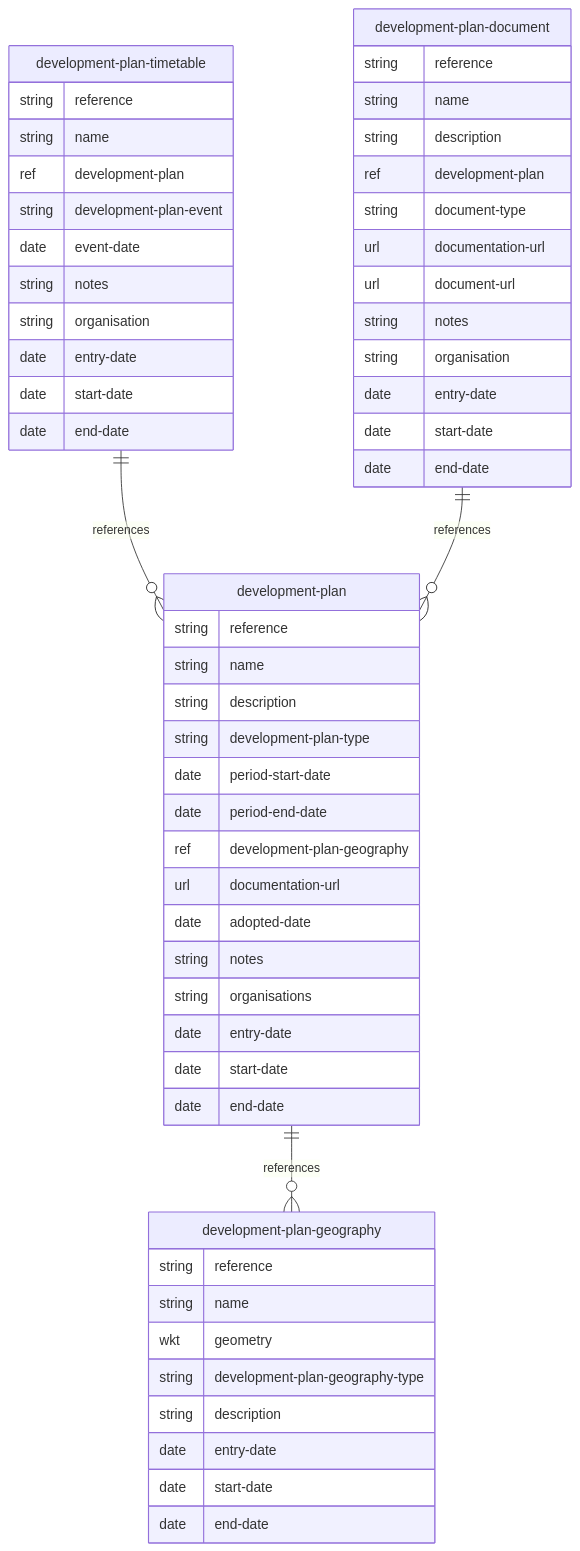
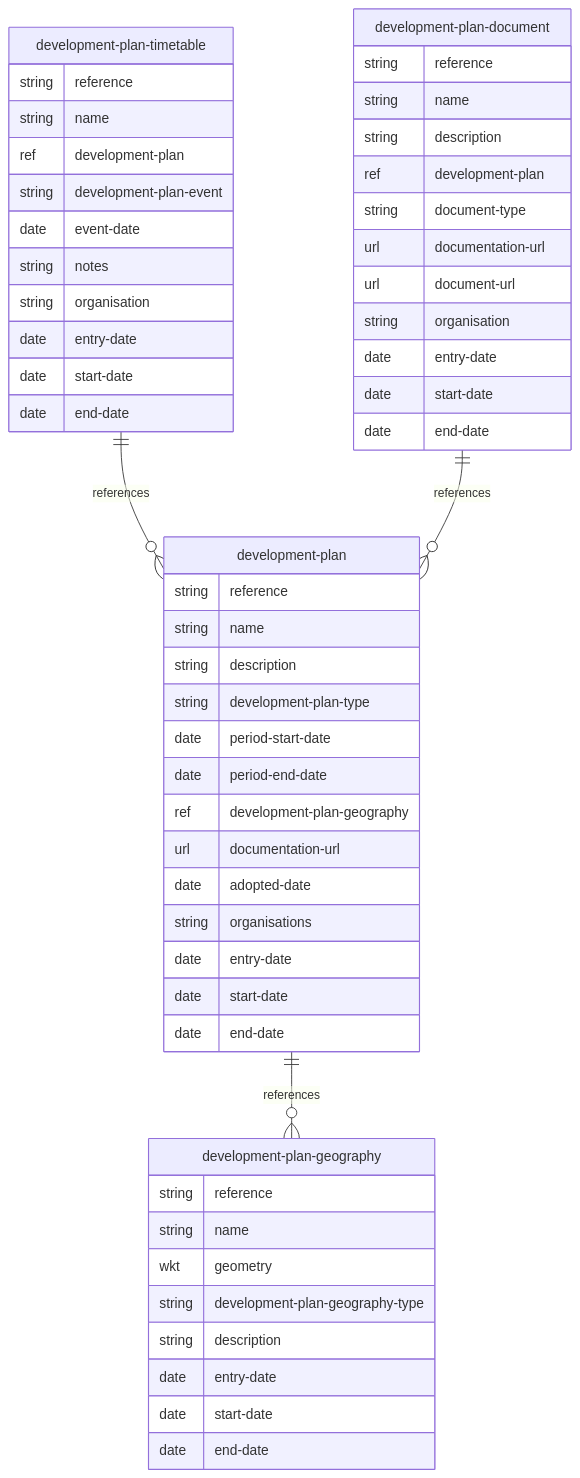
One commit to digital-land/specification changed the diagram in mermaid/development-plan.md. Above: the diagram before and after it, drawn with Mermaid. The commit also changed 11 other files, not shown here.

````diff
--- a/mermaid/development-plan.md
+++ b/mermaid/development-plan.md
@@ -4,58 +4,56 @@
 ```mermaid
 erDiagram
     development-plan {
         string reference
         string name
         string description
         string development-plan-type
         date period-start-date
         date period-end-date
         ref development-plan-geography
         url documentation-url
         date adopted-date
-        string notes
         string organisations
         date entry-date
         date start-date
         date end-date
     }
     development-plan-timetable {
         string reference
         string name
         ref development-plan
         string development-plan-event
         date event-date
         string notes
         string organisation
         date entry-date
         date start-date
         date end-date
     }
     development-plan-document {
         string reference
         string name
         string description
         ref development-plan
         string document-type
         url documentation-url
         url document-url
-        string notes
         string organisation
         date entry-date
         date start-date
         date end-date
     }
     development-plan-geography {
         string reference
         string name
         wkt geometry
         string development-plan-geography-type
         string description
         date entry-date
         date start-date
         date end-date
     }
     development-plan ||--o{ development-plan-geography : references
     development-plan-timetable ||--o{ development-plan : references
     development-plan-document ||--o{ development-plan : references
 ```
````
